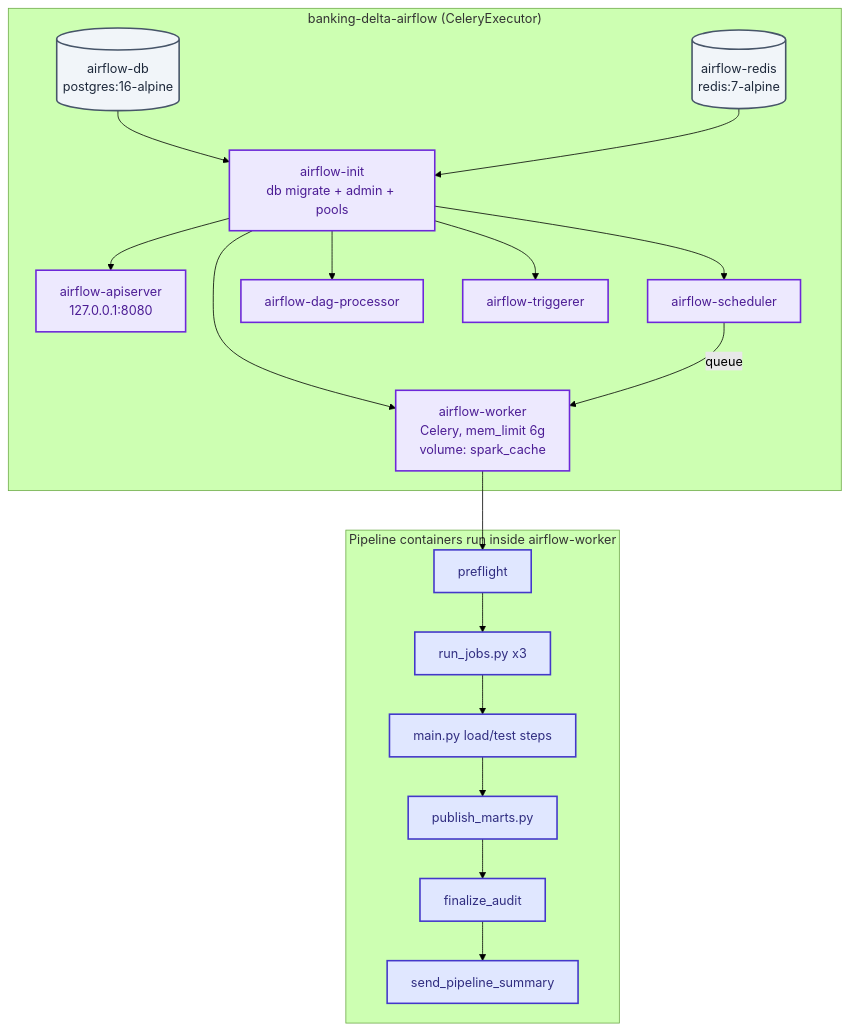
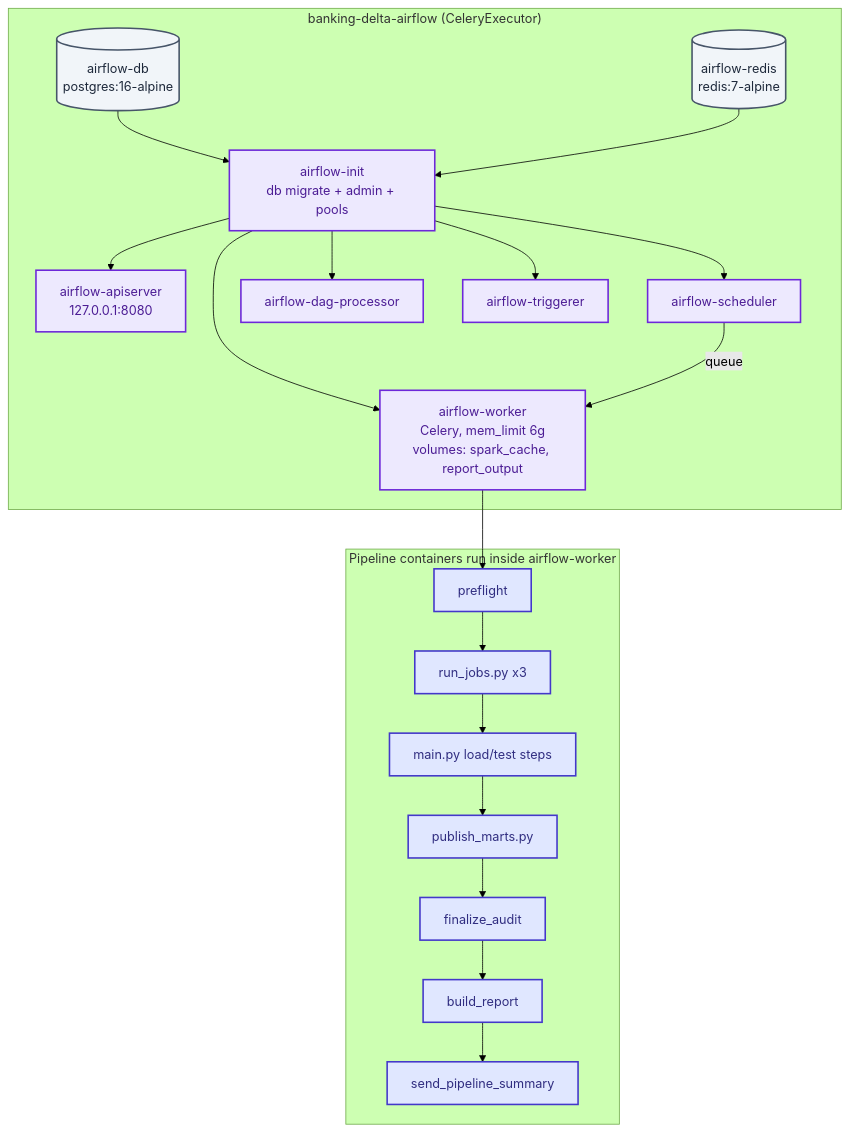
One commit to Nitinx12/Banking-Delta-Lakehouse changed the first of 5 diagrams in docs/AIRFLOW.md. Above: the diagram before and after it, drawn with Mermaid (forest theme). The commit also changed other lines of this file and 20 other files, not shown here.

````diff
--- a/docs/AIRFLOW.md
+++ b/docs/AIRFLOW.md
@@ -17,39 +17,40 @@
 ```mermaid
 flowchart TB
     subgraph STACK["banking-delta-airflow (CeleryExecutor)"]
         DB[("airflow-db<br/>postgres:16-alpine")]
         RD[("airflow-redis<br/>redis:7-alpine")]
         INIT["airflow-init<br/>db migrate + admin + pools"]
         API["airflow-apiserver<br/>127.0.0.1:8080"]
         SCH["airflow-scheduler"]
         DP["airflow-dag-processor"]
         TRG["airflow-triggerer"]
-        WRK["airflow-worker<br/>Celery, mem_limit 6g<br/>volume: spark_cache"]
+        WRK["airflow-worker<br/>Celery, mem_limit 6g<br/>volumes: spark_cache, report_output"]
     end
 
     subgraph PIPE["Pipeline containers run inside airflow-worker"]
         PRE["preflight"]
         EX["run_jobs.py x3"]
         LD["main.py load/test steps"]
         PB["publish_marts.py"]
         FIN["finalize_audit"]
+        BR["build_report"]
         SUM["send_pipeline_summary"]
     end
 
     DB --> INIT
     RD --> INIT
     INIT --> API
     INIT --> SCH
     INIT --> DP
     INIT --> TRG
     INIT --> WRK
     SCH -->|queue| WRK
-    WRK --> PRE --> EX --> LD --> PB --> FIN --> SUM
+    WRK --> PRE --> EX --> LD --> PB --> FIN --> BR --> SUM
 
     classDef infra fill:#f1f5f9,stroke:#475569,color:#1e293b,stroke-width:2px
     classDef af fill:#ede9fe,stroke:#6d28d9,color:#4c1d95,stroke-width:2px
     classDef pipe fill:#e0e7ff,stroke:#4338ca,color:#312e81,stroke-width:2px
     class DB,RD infra
     class INIT,API,SCH,DP,TRG,WRK af
-    class PRE,EX,LD,PB,FIN,SUM pipe
+    class PRE,EX,LD,PB,FIN,BR,SUM pipe
 ```
````
